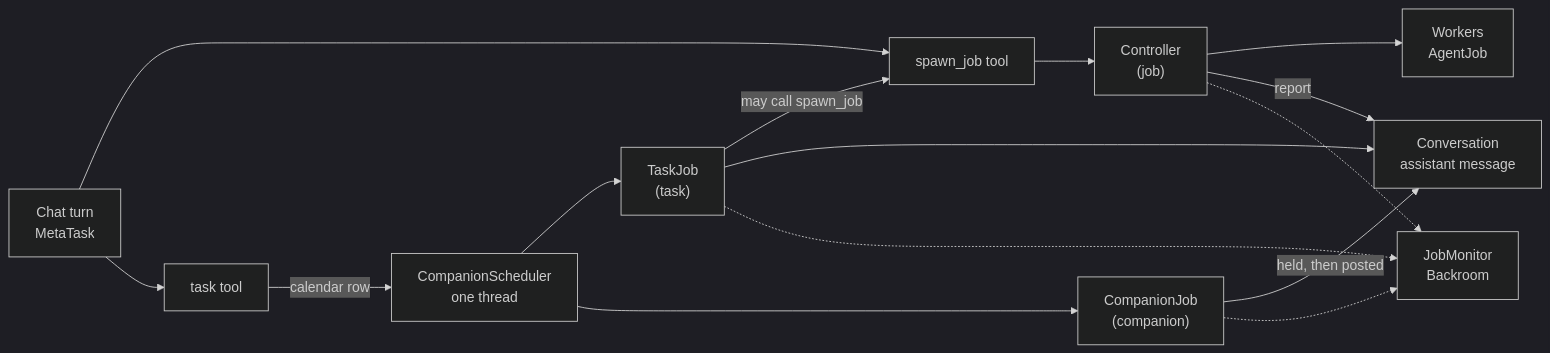
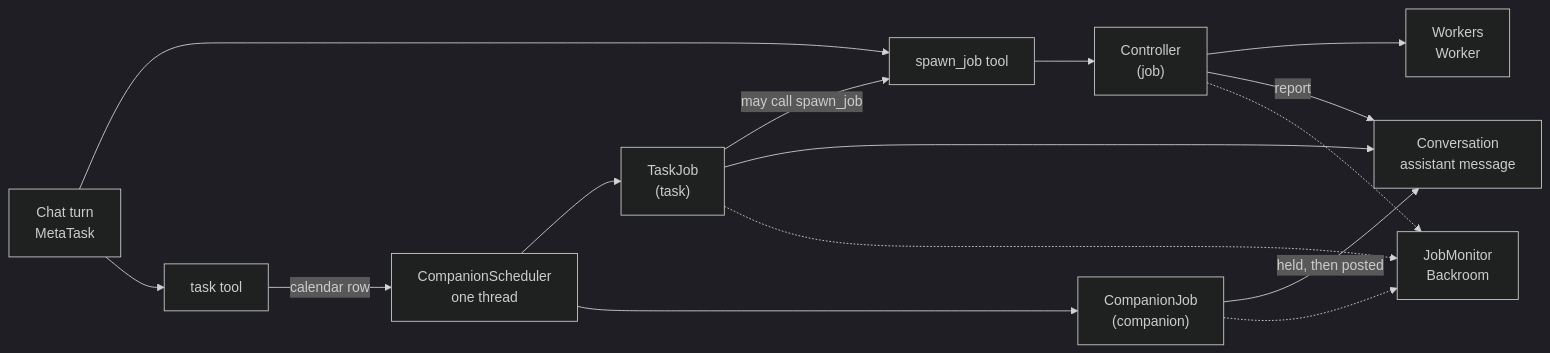
One commit to tanzfisch/Rueckgrat changed the first of 3 diagrams in docs/agents.md. Above: the diagram before and after it, drawn with Mermaid (dark theme). The commit also changed other lines of this file and 42 other files, not shown here.

````diff
--- a/docs/agents.md
+++ b/docs/agents.md
@@ -19,25 +19,25 @@
 ```mermaid
 flowchart LR
   chat["Chat turn<br/>MetaTask"]
   spawn["spawn_job tool"]
   taskTool["task tool"]
   sched["CompanionScheduler<br/>one thread"]
   ctrl["Controller<br/>(job)"]
-  workers["Workers<br/>AgentJob"]
+  workers["Workers<br/>Worker"]
   taskJob["TaskJob<br/>(task)"]
   compJob["CompanionJob<br/>(companion)"]
   conv["Conversation<br/>assistant message"]
   monitor["JobMonitor<br/>Backroom"]
 
   chat --> spawn --> ctrl --> workers
   chat --> taskTool -->|"calendar row"| sched
   sched --> taskJob
   sched --> compJob
   taskJob -->|"may call spawn_job"| spawn
   ctrl -->|"report"| conv
   taskJob --> conv
   compJob -->|"held, then posted"| conv
   ctrl -.-> monitor
   taskJob -.-> monitor
   compJob -.-> monitor
 ```
````
